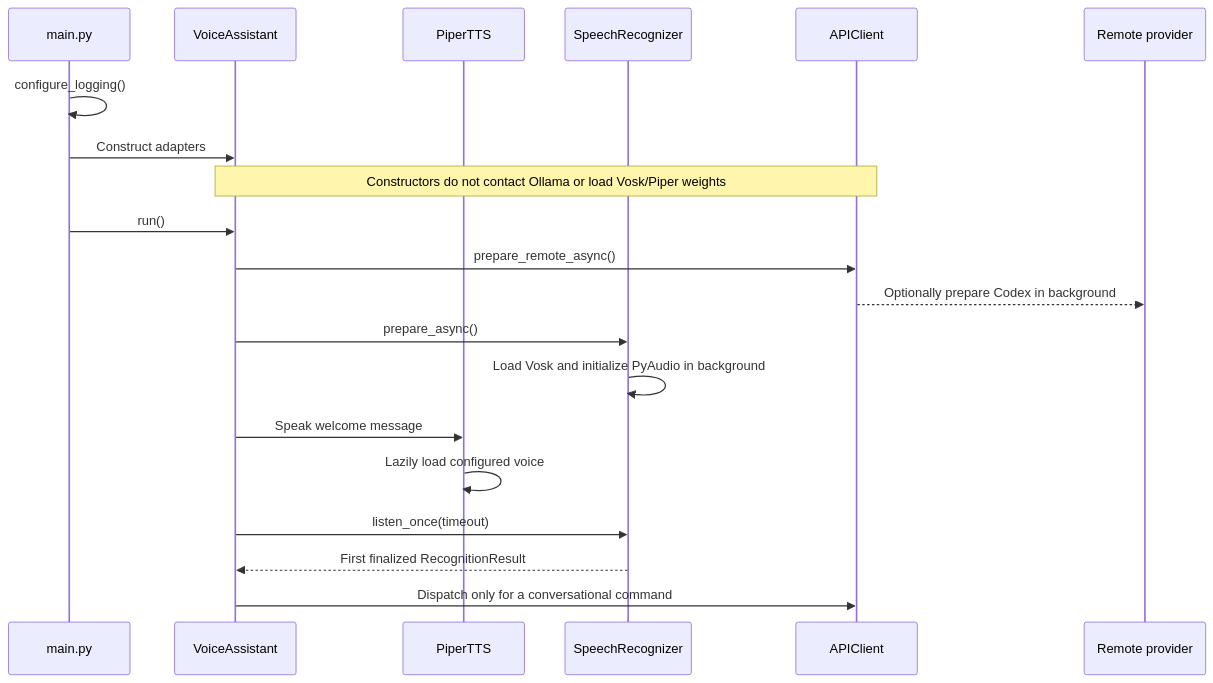
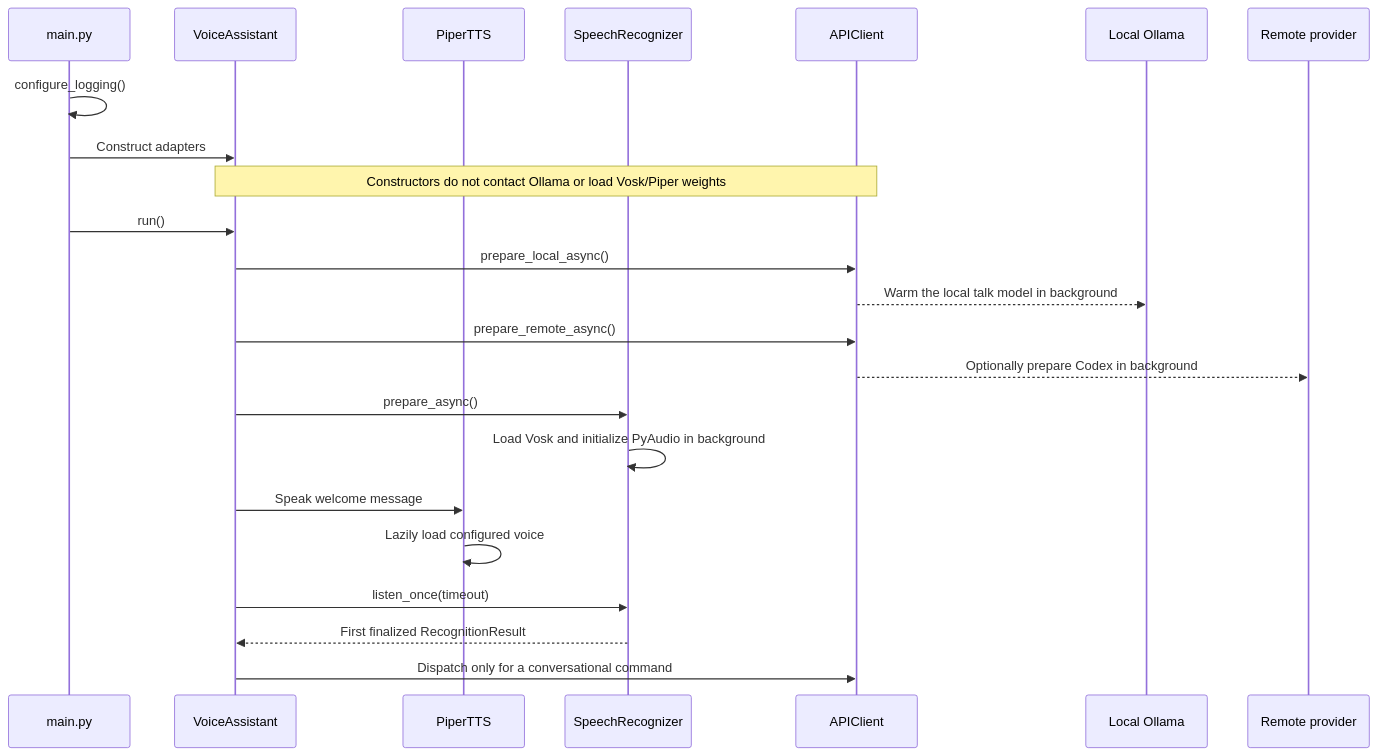
One commit to UbiquitousDynamics/helios-ai-jetson-framework changed the fourth of 7 diagrams in README.md. Above: the diagram before and after it, drawn with Mermaid. The commit also changed other lines of this file and 19 other files, not shown here.

````diff
--- a/README.md
+++ b/README.md
@@ -460,23 +460,26 @@
 ```mermaid
 sequenceDiagram
     participant Main as main.py
     participant VA as VoiceAssistant
     participant P as PiperTTS
     participant V as SpeechRecognizer
     participant A as APIClient
+    participant O as Local Ollama
     participant R as Remote provider
 
     Main->>Main: configure_logging()
     Main->>VA: Construct adapters
     Note over VA,A: Constructors do not contact Ollama or load Vosk/Piper weights
     Main->>VA: run()
+    VA->>A: prepare_local_async()
+    A-->>O: Warm the local talk model in background
     VA->>A: prepare_remote_async()
     A-->>R: Optionally prepare Codex in background
     VA->>V: prepare_async()
     V->>V: Load Vosk and initialize PyAudio in background
     VA->>P: Speak welcome message
     P->>P: Lazily load configured voice
     VA->>V: listen_once(timeout)
     V-->>VA: First finalized RecognitionResult
     VA->>A: Dispatch only for a conversational command
 ```
````
